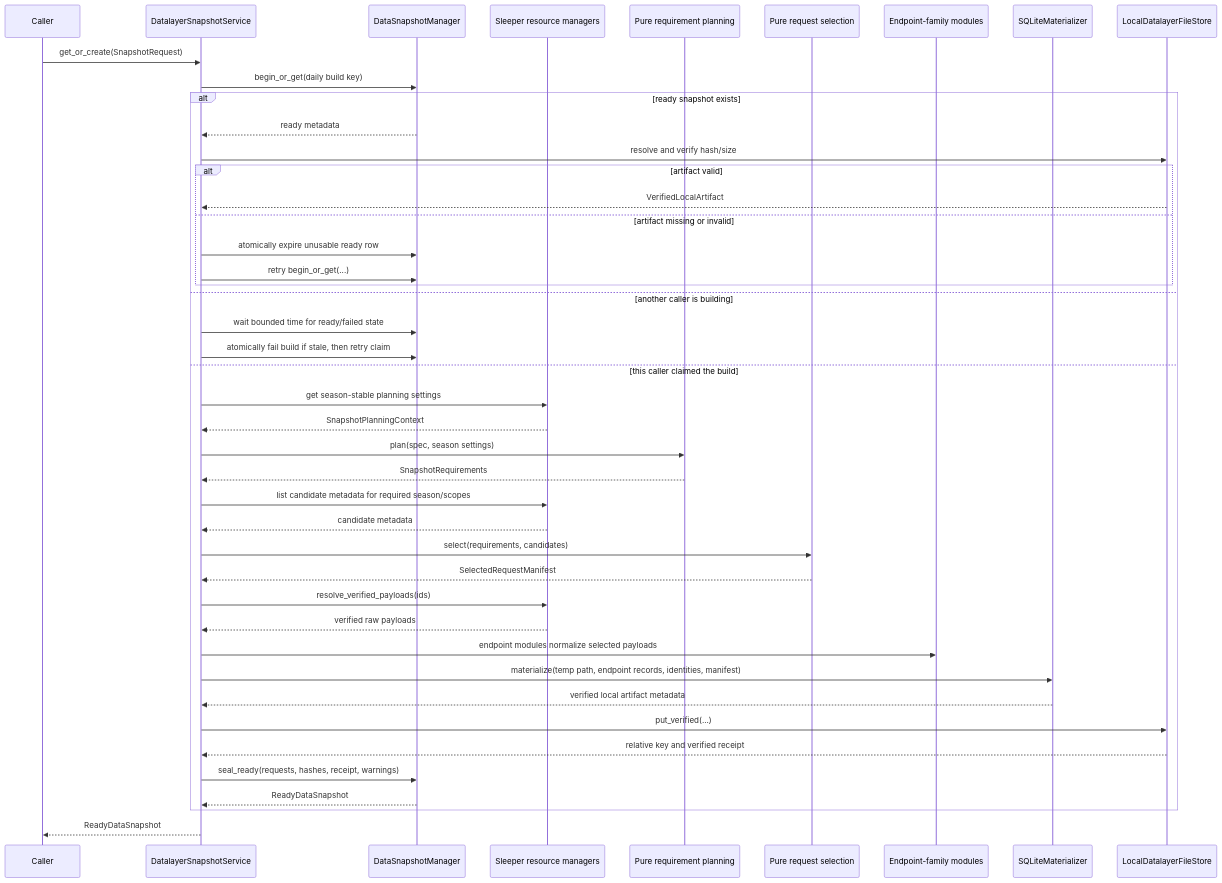
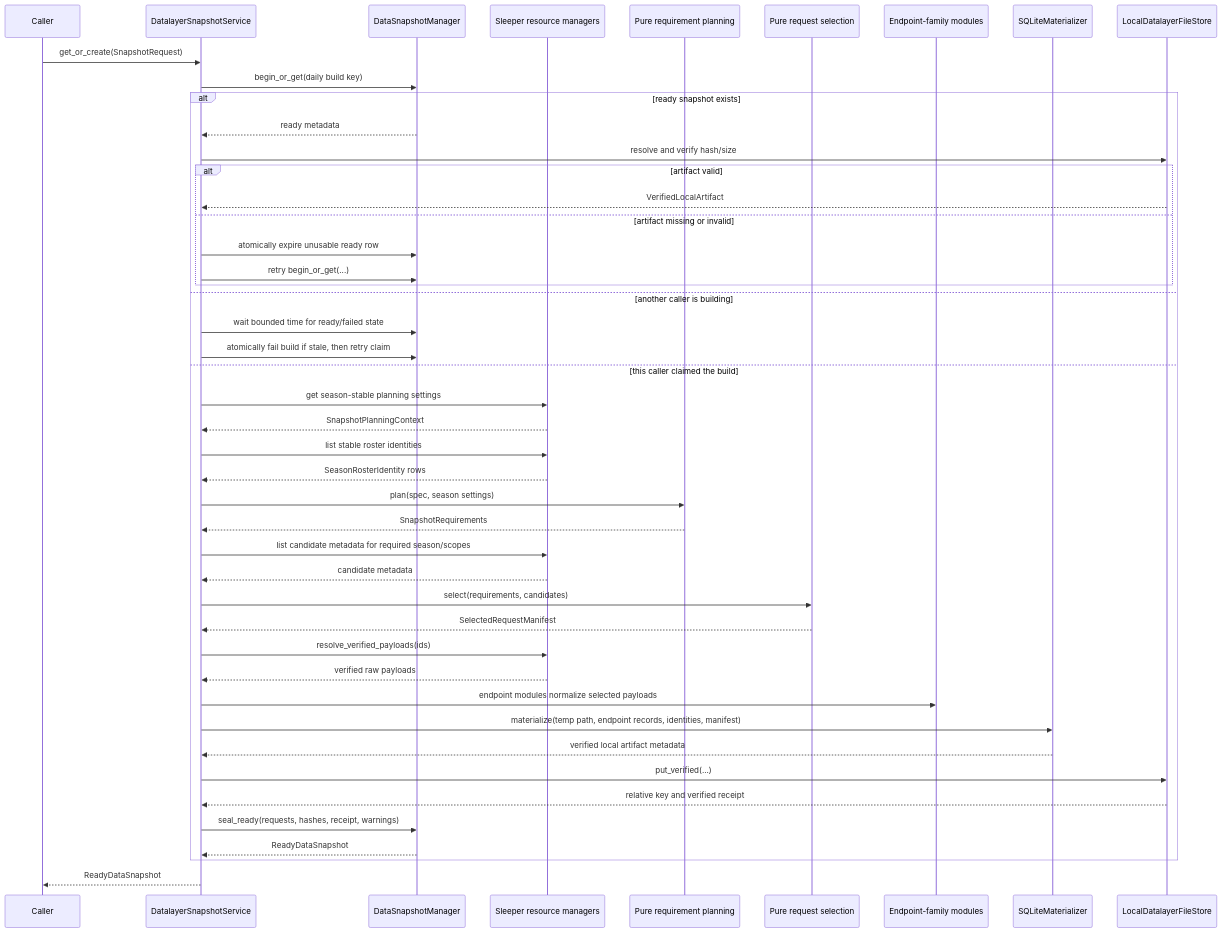
The diagram in docs/datalayer/snapshots-and-query-runtime.md (maxwn04/AIdamShefter-v2), drawn with Mermaid before and after one commit. The commit also changed other lines of this file and 28 other files, not shown here.

Commit message:
feat(datalayer): add frozen roster identities

````diff
--- a/docs/datalayer/snapshots-and-query-runtime.md
+++ b/docs/datalayer/snapshots-and-query-runtime.md
@@ -74,47 +75,49 @@
 ```mermaid
 sequenceDiagram
     participant Caller
     participant Service as DatalayerSnapshotService
     participant Snap as DataSnapshotManager
     participant Obs as Sleeper resource managers
     participant Require as Pure requirement planning
     participant Select as Pure request selection
     participant Norm as Endpoint-family modules
     participant Mat as SQLiteMaterializer
     participant Files as LocalDatalayerFileStore
 
     Caller->>Service: get_or_create(SnapshotRequest)
     Service->>Snap: begin_or_get(daily build key)
     alt ready snapshot exists
         Snap-->>Service: ready metadata
         Service->>Files: resolve and verify hash/size
         alt artifact valid
             Files-->>Service: VerifiedLocalArtifact
         else artifact missing or invalid
             Service->>Snap: atomically expire unusable ready row
             Service->>Snap: retry begin_or_get(...)
         end
     else another caller is building
         Service->>Snap: wait bounded time for ready/failed state
         Service->>Snap: atomically fail build if stale, then retry claim
     else this caller claimed the build
         Service->>Obs: get season-stable planning settings
         Obs-->>Service: SnapshotPlanningContext
+        Service->>Obs: list stable roster identities
+        Obs-->>Service: SeasonRosterIdentity rows
         Service->>Require: plan(spec, season settings)
         Require-->>Service: SnapshotRequirements
         Service->>Obs: list candidate metadata for required season/scopes
         Obs-->>Service: candidate metadata
         Service->>Select: select(requirements, candidates)
         Select-->>Service: SelectedRequestManifest
         Service->>Obs: resolve_verified_payloads(ids)
         Obs-->>Service: verified raw payloads
         Service->>Norm: endpoint modules normalize selected payloads
         Service->>Mat: materialize(temp path, endpoint records, identities, manifest)
         Mat-->>Service: verified local artifact metadata
         Service->>Files: put_verified(...)
         Files-->>Service: relative key and verified receipt
         Service->>Snap: seal_ready(requests, hashes, receipt, warnings)
         Snap-->>Service: ReadyDataSnapshot
     end
     Service-->>Caller: ReadyDataSnapshot
 ```
````
